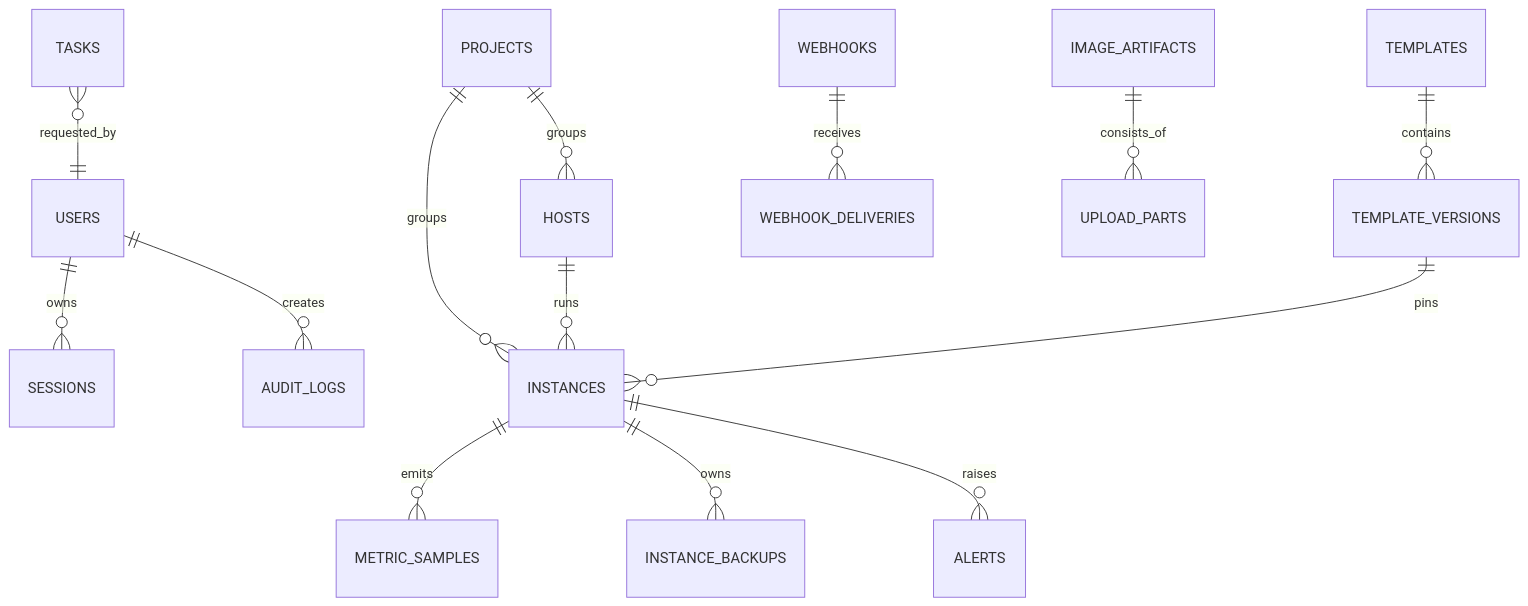
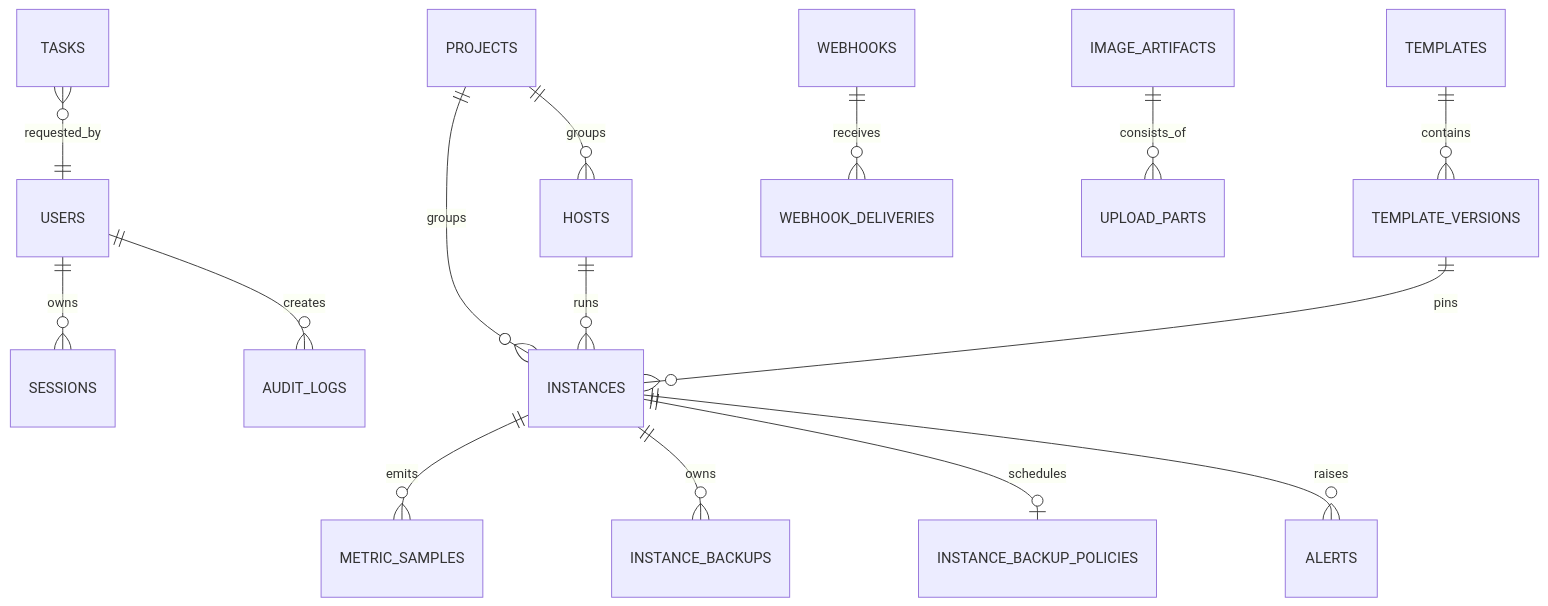
The second of 3 diagrams in docs/architecture.md (Arlowen/db-mock), drawn with Mermaid before and after one commit. The commit also changed other lines of this file and 26 other files, not shown here.

````diff
--- a/docs/architecture.md
+++ b/docs/architecture.md
@@ -65,16 +65,17 @@
 ```mermaid
 erDiagram
     USERS ||--o{ SESSIONS : owns
     USERS ||--o{ AUDIT_LOGS : creates
     PROJECTS ||--o{ HOSTS : groups
     PROJECTS ||--o{ INSTANCES : groups
     HOSTS ||--o{ INSTANCES : runs
     TEMPLATES ||--o{ TEMPLATE_VERSIONS : contains
     TEMPLATE_VERSIONS ||--o{ INSTANCES : pins
     INSTANCES ||--o{ METRIC_SAMPLES : emits
     INSTANCES ||--o{ INSTANCE_BACKUPS : owns
+    INSTANCES ||--o| INSTANCE_BACKUP_POLICIES : schedules
     INSTANCES ||--o{ ALERTS : raises
     TASKS }o--|| USERS : requested_by
     WEBHOOKS ||--o{ WEBHOOK_DELIVERIES : receives
     IMAGE_ARTIFACTS ||--o{ UPLOAD_PARTS : consists_of
 ```
````
